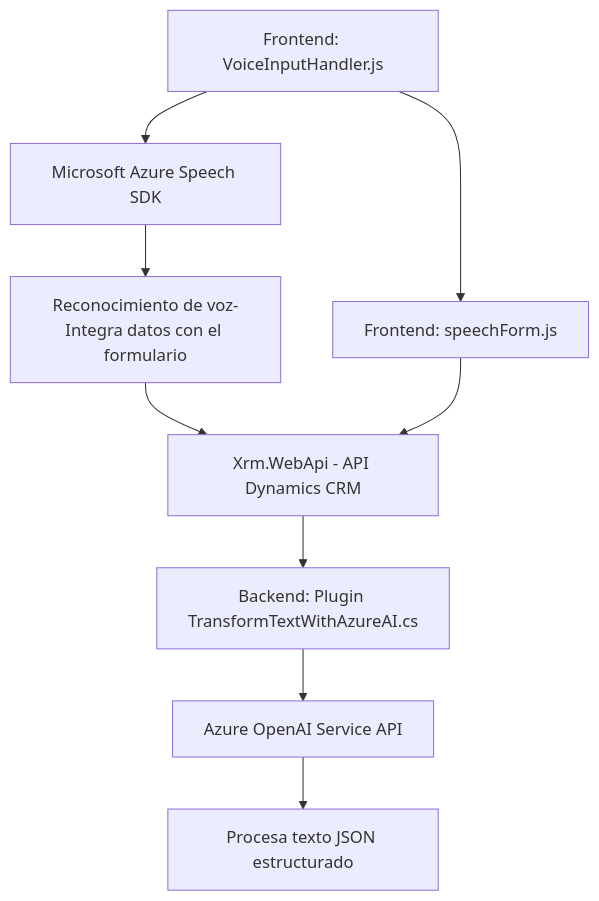
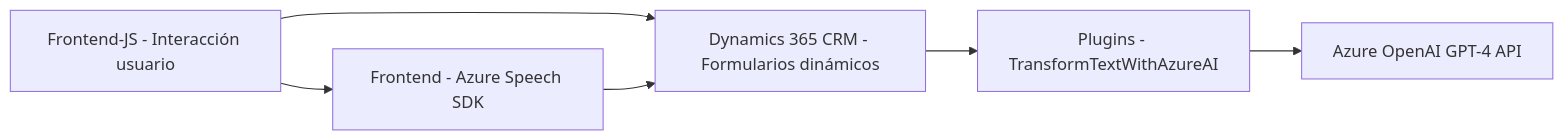
One commit to blopezdm/NETCORE_BILBAO2025 changed the diagram in README.md. Above: the diagram before and after it, drawn with Mermaid. The commit also changed other lines of this file, not shown here.

Commit message:
Actualizar análisis global de la solución con IA

````diff
--- a/README.md
+++ b/README.md
@@ -31,11 +46,14 @@
 ```mermaid
-graph TD
-    A["Frontend: VoiceInputHandler.js"] --> B["Microsoft Azure Speech SDK"]
-    A --> C["Frontend: speechForm.js"]
-    B --> D["Reconocimiento de voz-Integra datos con el formulario"]
-    D --> E["Xrm.WebApi - API Dynamics CRM"]
-    C --> E
-    E --> F["Backend: Plugin TransformTextWithAzureAI.cs"]
-    F --> G["Azure OpenAI Service API"]
-    G --> H["Procesa texto JSON estructurado"]
+graph LR
+    A["Frontend-JS - Interacción usuario"]
+    B["Frontend - Azure Speech SDK"]
+    C["Dynamics 365 CRM - Formularios dinámicos"]
+    D["Plugins - TransformTextWithAzureAI"]
+    E["Azure OpenAI GPT-4 API"]
+    
+    A --> B
+    A --> C
+    B --> C
+    C --> D
+    D --> E
 ```
````
